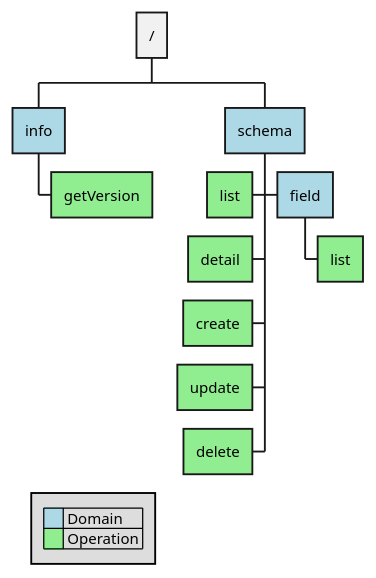
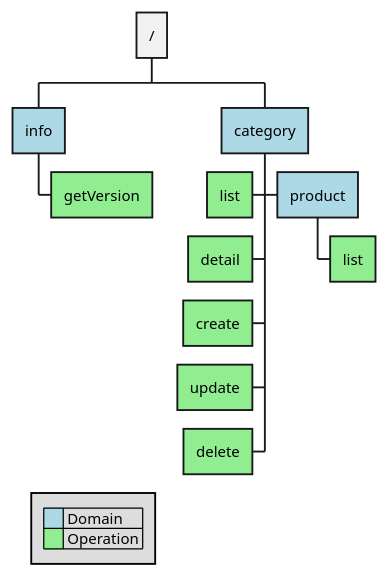
One commit to bitsmi-blog/springboot-showcase changed the diagram in docs/src/main/antora/modules/ways-of-working/pages/explanation/fluent_rest_api_client.adoc. Above: the diagram before and after it, drawn with PlantUML. The commit also changed other lines of this file and 49 other files, not shown here.

```diff
--- a/docs/src/main/antora/modules/ways-of-working/pages/explanation/fluent_rest_api_client.adoc
+++ b/docs/src/main/antora/modules/ways-of-working/pages/explanation/fluent_rest_api_client.adoc
@@ -32,21 +32,21 @@
 [plantuml]
 ----
 @startwbs
 * /
 **[#lightblue] info
 ***[#lightgreen] getVersion
-**[#lightblue] schema
+**[#lightblue] category
 ***[#lightgreen]< list
 ***[#lightgreen]< detail
 ***[#lightgreen]< create
 ***[#lightgreen]< update
 ***[#lightgreen]< delete
-***[#lightblue] field
+***[#lightblue] product
 ****[#lightgreen] list
 
 legend left
 |<back:#lightblue>     </back>| Domain |
 |<back:#lightgreen>     </back>| Operation |
 endlegend
 @endwbs
 ----
```
